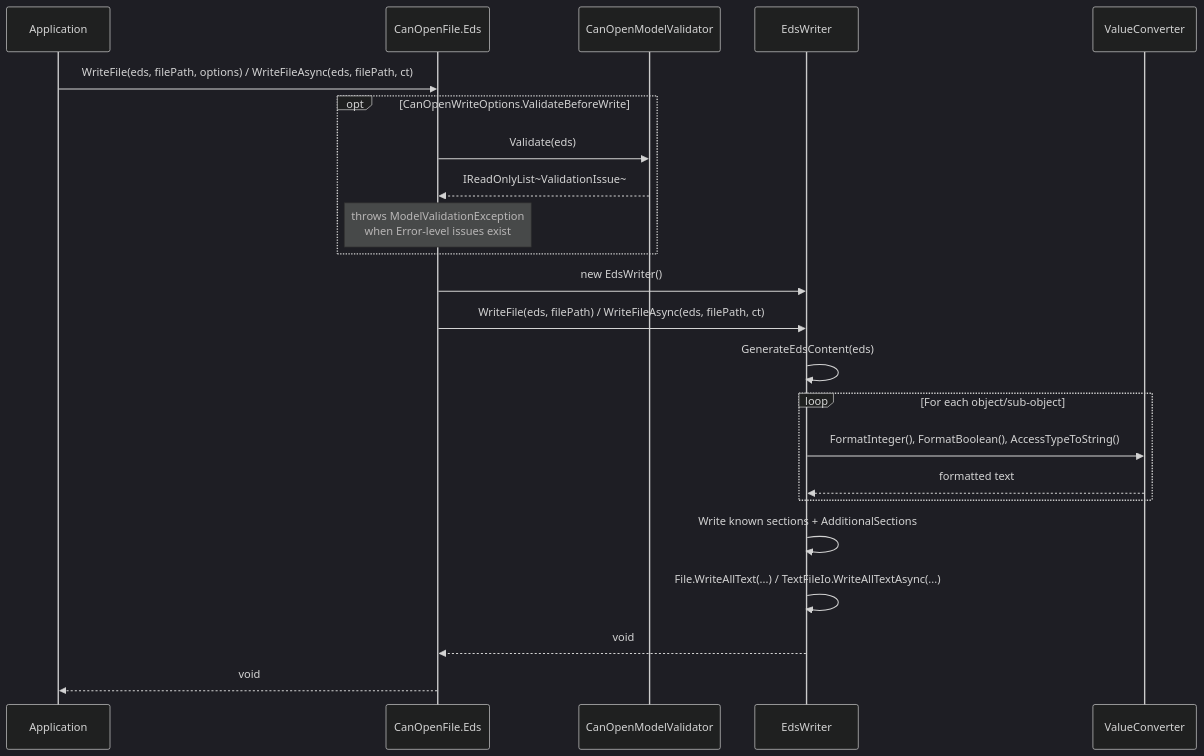
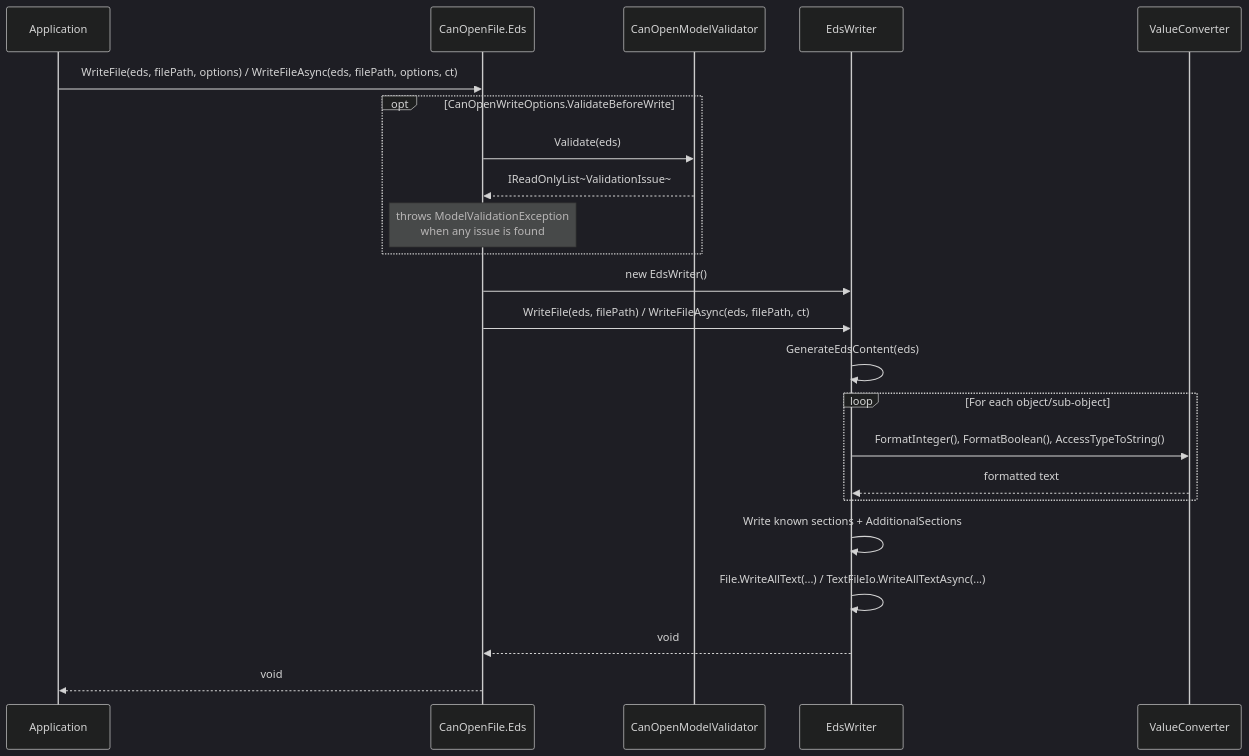
The fourth of 9 diagrams in docs/architecture/06-runtime-view.md (dborgards/eds-dcf-net), drawn with Mermaid (dark theme) before and after one commit.

Commit message:
docs: fix §6.4 write-guard diagram after review (#547)
- pass options in the async call (WriteFileAsync(eds, filePath, options, ct))
  so the validation branch actually applies
- drop the 'Error-level' qualifier: ValidationIssue has no severity field;
  the guard throws whenever the issue list is nonempty

````diff
--- a/docs/architecture/06-runtime-view.md
+++ b/docs/architecture/06-runtime-view.md
@@ -85,28 +85,28 @@
 ```mermaid
 sequenceDiagram
     participant App as Application
     participant CF as CanOpenFile.Eds
     participant V as CanOpenModelValidator
     participant EW as EdsWriter
     participant VC as ValueConverter
 
-    App->>CF: WriteFile(eds, filePath, options) / WriteFileAsync(eds, filePath, ct)
+    App->>CF: WriteFile(eds, filePath, options) / WriteFileAsync(eds, filePath, options, ct)
     opt CanOpenWriteOptions.ValidateBeforeWrite
         CF->>V: Validate(eds)
         V-->>CF: IReadOnlyList~ValidationIssue~
-        note over CF: throws ModelValidationException<br/>when Error-level issues exist
+        note over CF: throws ModelValidationException<br/>when any issue is found
     end
     CF->>EW: new EdsWriter()
     CF->>EW: WriteFile(eds, filePath) / WriteFileAsync(eds, filePath, ct)
     EW->>EW: GenerateEdsContent(eds)
 
     loop For each object/sub-object
         EW->>VC: FormatInteger(), FormatBoolean(), AccessTypeToString()
         VC-->>EW: formatted text
     end
 
     EW->>EW: Write known sections + AdditionalSections
     EW->>EW: File.WriteAllText(...) / TextFileIo.WriteAllTextAsync(...)
     EW-->>CF: void
     CF-->>App: void
 ```
````
